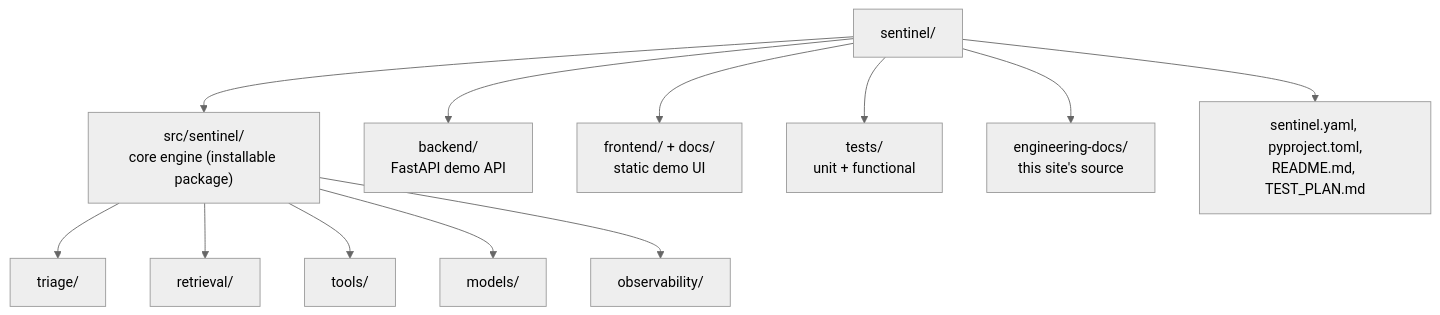
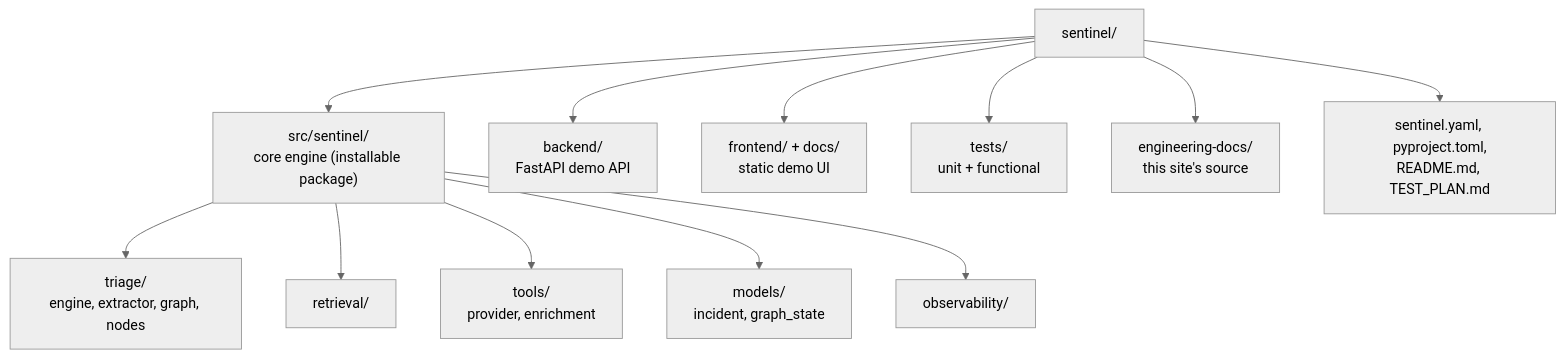
One commit to anjeshdubey/Sentinel changed the diagram in engineering-docs/repository-layout.md. Above: the diagram before and after it, drawn with Mermaid (neutral theme). The commit also changed other lines of this file and 7 other files, not shown here.

First line of the commit message:
docs(engineering): document the Week 5 LangGraph HITL triage flow

````diff
--- a/engineering-docs/repository-layout.md
+++ b/engineering-docs/repository-layout.md
@@ -3,16 +3,16 @@
 ```mermaid
 flowchart TD
     ROOT["sentinel/"]
     ROOT --> SRC["src/sentinel/<br/>core engine (installable package)"]
     ROOT --> BACKEND["backend/<br/>FastAPI demo API"]
     ROOT --> FRONTEND["frontend/ + docs/<br/>static demo UI"]
     ROOT --> TESTS["tests/<br/>unit + functional"]
     ROOT --> ENGDOCS["engineering-docs/<br/>this site's source"]
     ROOT --> ROOTFILES["sentinel.yaml, pyproject.toml,<br/>README.md, TEST_PLAN.md"]
 
-    SRC --> TRIAGE_D["triage/"]
+    SRC --> TRIAGE_D["triage/<br/>engine, extractor, graph, nodes"]
     SRC --> RETRIEVAL_D["retrieval/"]
-    SRC --> TOOLS_D["tools/"]
-    SRC --> MODELS_D["models/"]
+    SRC --> TOOLS_D["tools/<br/>provider, enrichment"]
+    SRC --> MODELS_D["models/<br/>incident, graph_state"]
     SRC --> OBS_D["observability/"]
 ```
````
